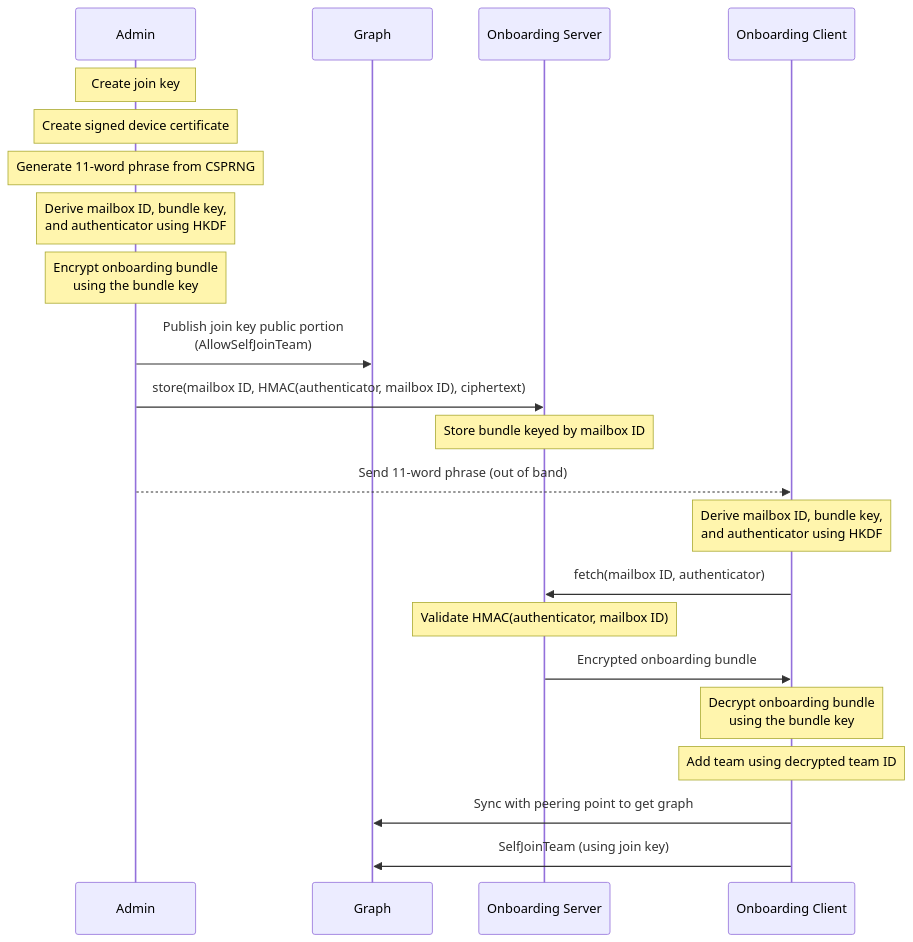
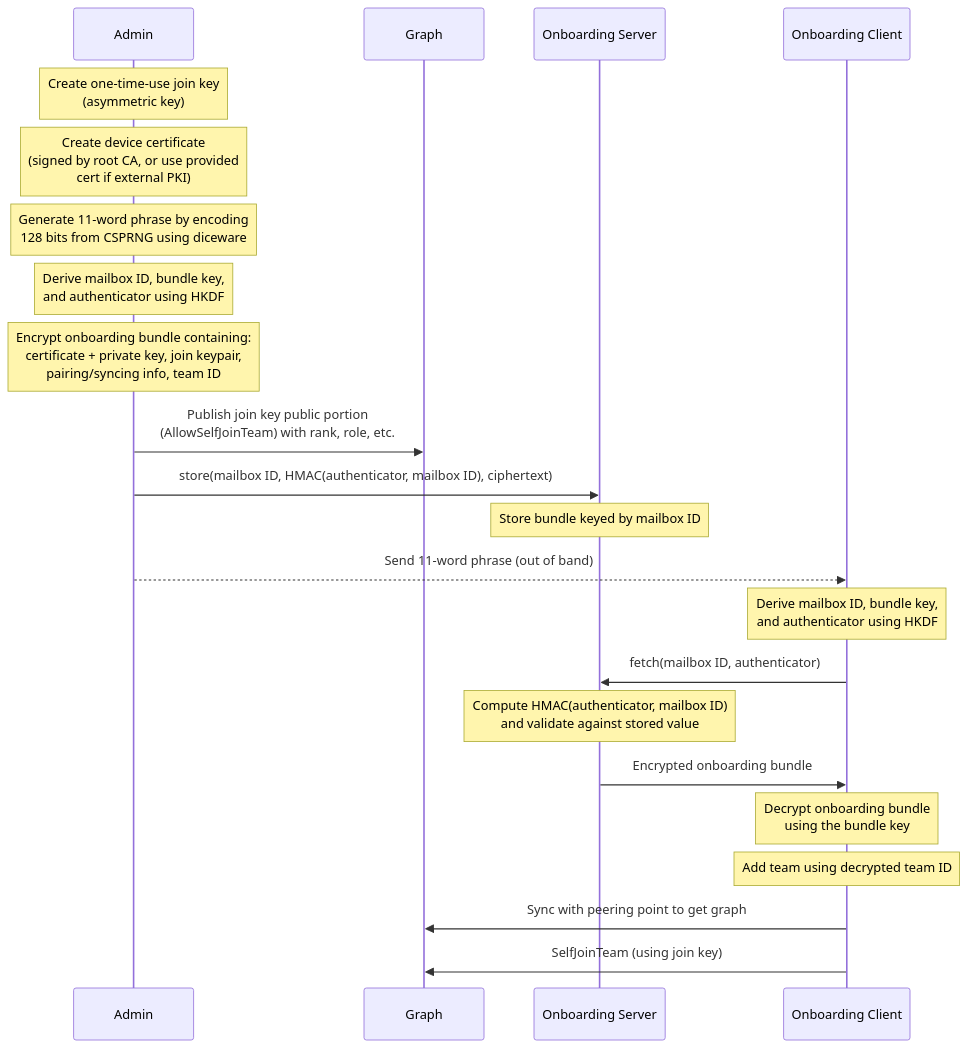
The diagram in docs/async-onboarding.md (aranya-project/aranya-docs), drawn with Mermaid before and after one commit.

Commit message:
update diagram

````diff
--- a/docs/async-onboarding.md
+++ b/docs/async-onboarding.md
@@ -57,31 +57,30 @@
 ```mermaid
 sequenceDiagram
     participant Admin
     participant Graph
     participant Server as Onboarding Server
     participant Client as Onboarding Client
 
-    Note over Admin: Create join key
-    Note over Admin: Create signed device certificate
-    Note over Admin: Generate 11-word phrase from CSPRNG
+    Note over Admin: Create one-time-use join key<br/>(asymmetric key)
+    Note over Admin: Create device certificate<br/>(signed by root CA, or use provided<br/>cert if external PKI)
+    Note over Admin: Generate 11-word phrase by encoding<br/>128 bits from CSPRNG using diceware
     Note over Admin: Derive mailbox ID, bundle key,<br/>and authenticator using HKDF
-    Note over Admin: Encrypt onboarding bundle<br/>using the bundle key
+    Note over Admin: Encrypt onboarding bundle containing:<br/>certificate + private key, join keypair,<br/>pairing/syncing info, team ID
 
-    Admin->>Graph: Publish join key public portion<br/>(AllowSelfJoinTeam)
+    Admin->>Graph: Publish join key public portion<br/>(AllowSelfJoinTeam) with rank, role, etc.
     Admin->>Server: store(mailbox ID, HMAC(authenticator, mailbox ID), ciphertext)
     Note over Server: Store bundle keyed by mailbox ID
 
     Admin-->>Client: Send 11-word phrase (out of band)
 
     Note over Client: Derive mailbox ID, bundle key,<br/>and authenticator using HKDF
 
     Client->>Server: fetch(mailbox ID, authenticator)
-    Note over Server: Validate HMAC(authenticator, mailbox ID)
+    Note over Server: Compute HMAC(authenticator, mailbox ID)<br/>and validate against stored value
     Server->>Client: Encrypted onboarding bundle
 
     Note over Client: Decrypt onboarding bundle<br/>using the bundle key
-
     Note over Client: Add team using decrypted team ID
     Client->>Graph: Sync with peering point to get graph
     Client->>Graph: SelfJoinTeam (using join key)
 ```
````
